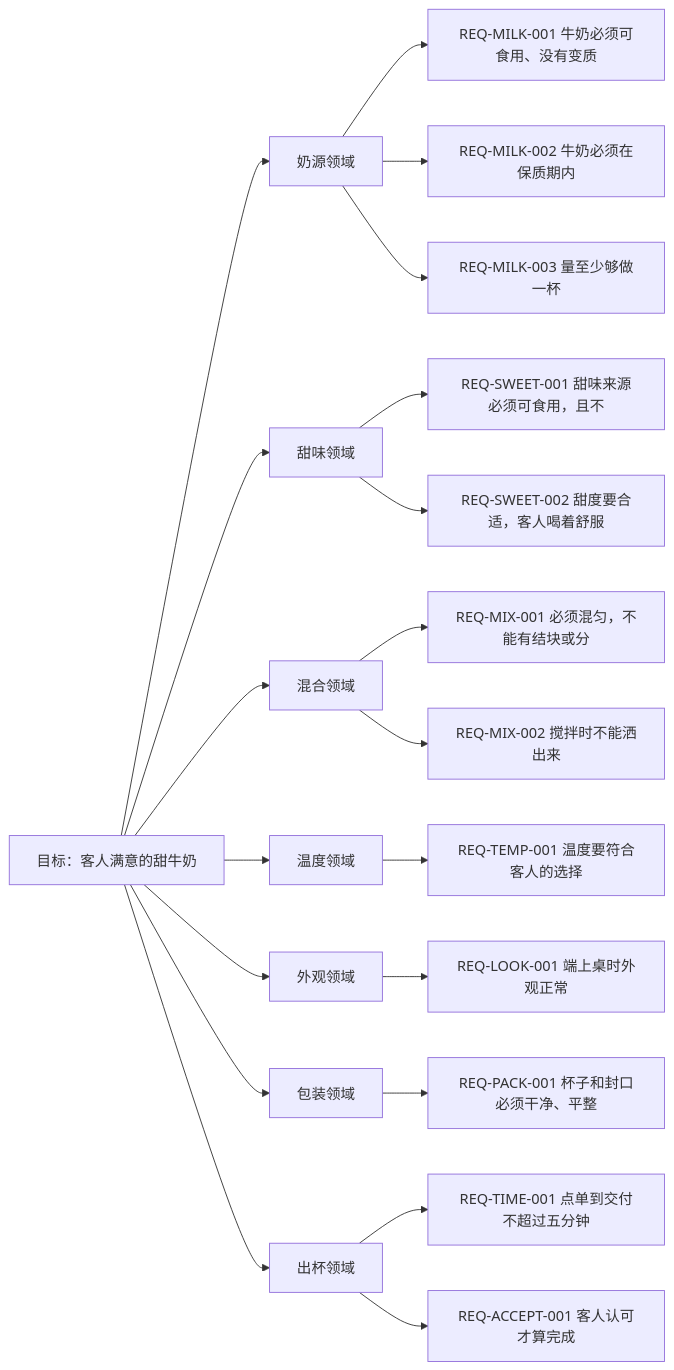
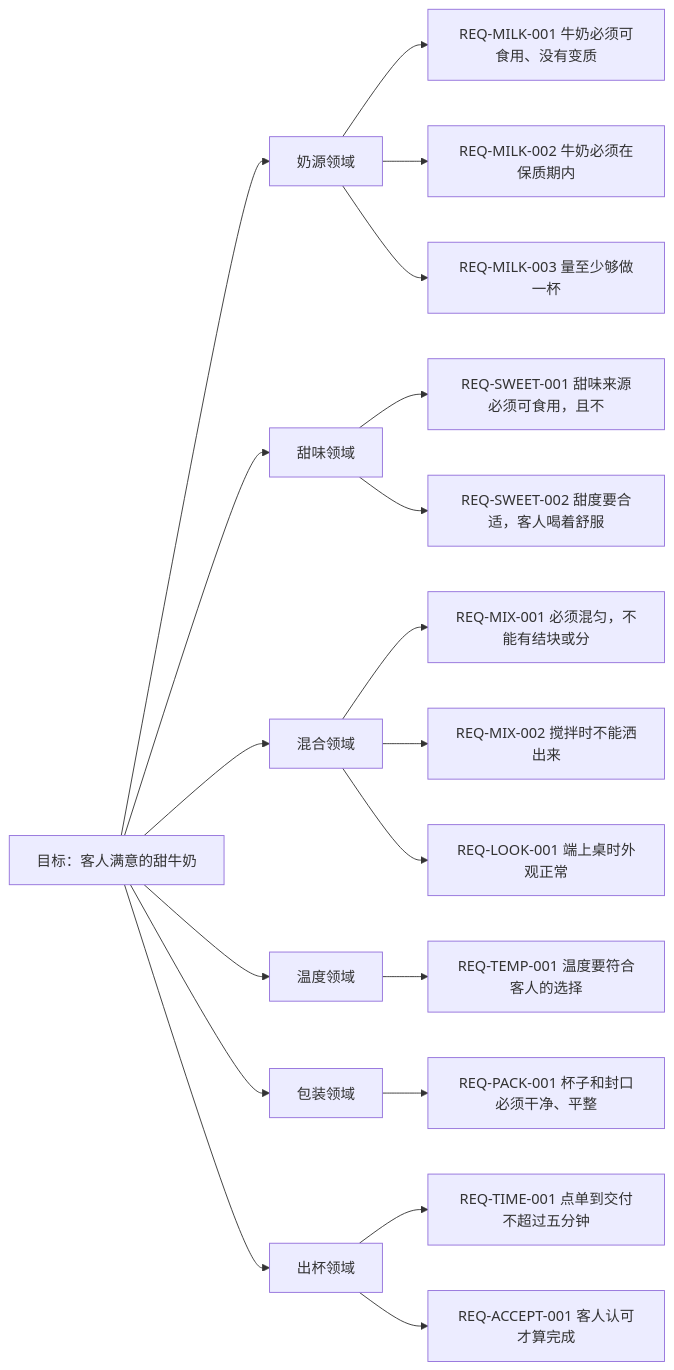
The diagram in docs/GOAL-milk.md (morewhyhan/Ignite), drawn with Mermaid before and after one commit. The commit also changed other lines of this file and 1 other file, not shown here.

Commit message:
docs: one model per domain in the milk example

````diff
--- a/docs/GOAL-milk.md
+++ b/docs/GOAL-milk.md
@@ -8,42 +8,40 @@
 ```mermaid
 flowchart LR
   G["目标：客人满意的甜牛奶"]
   D1["奶源领域"]
   G --> D1
   D2["甜味领域"]
   G --> D2
   D3["混合领域"]
   G --> D3
   D4["温度领域"]
   G --> D4
-  D5["外观领域"]
+  D5["包装领域"]
   G --> D5
-  D6["包装领域"]
+  D6["出杯领域"]
   G --> D6
-  D7["出杯领域"]
-  G --> D7
   R1["REQ-MILK-001 牛奶必须可食用、没有变质"]
   D1 --> R1
   R2["REQ-MILK-002 牛奶必须在保质期内"]
   D1 --> R2
   R3["REQ-MILK-003 量至少够做一杯"]
   D1 --> R3
   R4["REQ-SWEET-001 甜味来源必须可食用，且不"]
   D2 --> R4
   R5["REQ-SWEET-002 甜度要合适，客人喝着舒服"]
   D2 --> R5
   R6["REQ-MIX-001 必须混匀，不能有结块或分"]
   D3 --> R6
   R7["REQ-MIX-002 搅拌时不能洒出来"]
   D3 --> R7
-  R8["REQ-TEMP-001 温度要符合客人的选择"]
-  D4 --> R8
-  R9["REQ-LOOK-001 端上桌时外观正常"]
-  D5 --> R9
+  R8["REQ-LOOK-001 端上桌时外观正常"]
+  D3 --> R8
+  R9["REQ-TEMP-001 温度要符合客人的选择"]
+  D4 --> R9
   R10["REQ-PACK-001 杯子和封口必须干净、平整"]
-  D6 --> R10
+  D5 --> R10
   R11["REQ-TIME-001 点单到交付不超过五分钟"]
-  D7 --> R11
+  D6 --> R11
   R12["REQ-ACCEPT-001 客人认可才算完成"]
-  D7 --> R12
+  D6 --> R12
 ```
````
